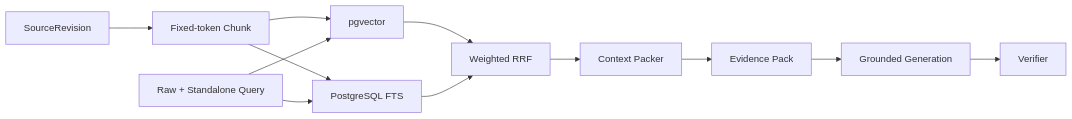
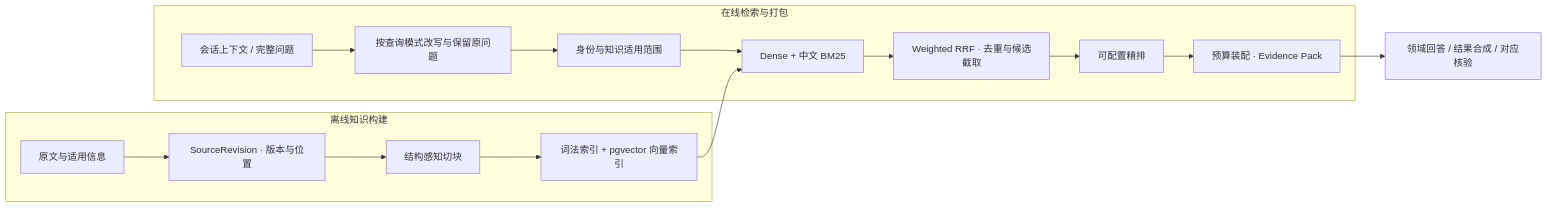
The second of 3 diagrams in README.md (Garrulus21yyx/DialogPilot), drawn with Mermaid before and after one commit. The commit also changed other lines of this file and 1 other file, not shown here.

````diff
--- a/README.md
+++ b/README.md
@@ -149,14 +149,18 @@
 ```mermaid
 flowchart LR
-    S[SourceRevision] --> C[Fixed-token Chunk]
-    C --> V[pgvector]
-    C --> T[PostgreSQL FTS]
-    Q[Raw + Standalone Query] --> V
-    Q --> T
-    V --> R[Weighted RRF]
-    T --> R
-    R --> P[Context Packer]
-    P --> E[Evidence Pack]
-    E --> G[Grounded Generation]
-    G --> A[Verifier]
+    subgraph Offline[离线知识构建]
+        Source[原文与适用信息] --> Revision[SourceRevision · 版本与位置]
+        Revision --> Chunk[结构感知切块]
+        Chunk --> Index[词法索引 + pgvector 向量索引]
+    end
+    subgraph Online[在线检索与打包]
+        Context[会话上下文 / 完整问题] --> Query[按查询模式改写与保留原问题]
+        Query --> Scope[身份与知识适用范围]
+        Scope --> Recall[Dense + 中文 BM25]
+        Index --> Recall
+        Recall --> Fusion[Weighted RRF · 去重与候选截取]
+        Fusion --> Rerank[可配置精排]
+        Rerank --> Pack[预算装配 · Evidence Pack]
+    end
+    Pack --> Answer[领域回答 / 结果合成 / 对应核验]
 ```
````
